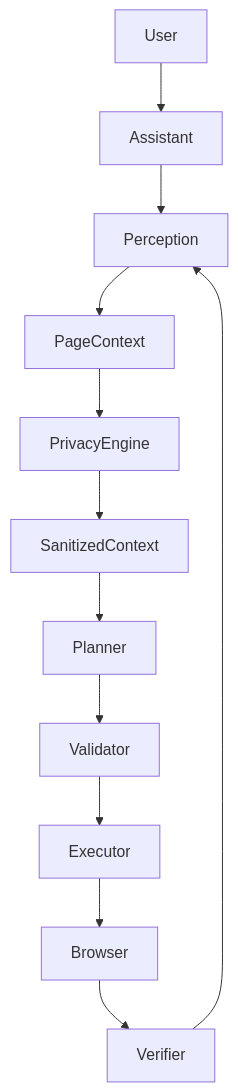
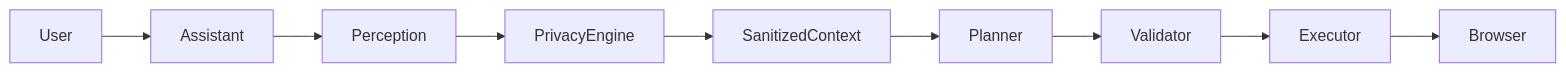
Before and after one commit to DALWADI-ARYAN-PRANAVKUMAR/SIH_26: the second of 2 diagrams in README.md, drawn with Mermaid. The commit also changed other lines of this file and 1 other file, not shown here.

````diff
--- a/README.md
+++ b/README.md
@@ -54,14 +61,11 @@
 ```mermaid
-flowchart TD
+flowchart LR
     User --> Assistant
     Assistant --> Perception
-    Perception --> PageContext
-    PageContext --> PrivacyEngine
+    Perception --> PrivacyEngine
     PrivacyEngine --> SanitizedContext
     SanitizedContext --> Planner
     Planner --> Validator
     Validator --> Executor
     Executor --> Browser
-    Browser --> Verifier
-    Verifier --> Perception
 ```
````
